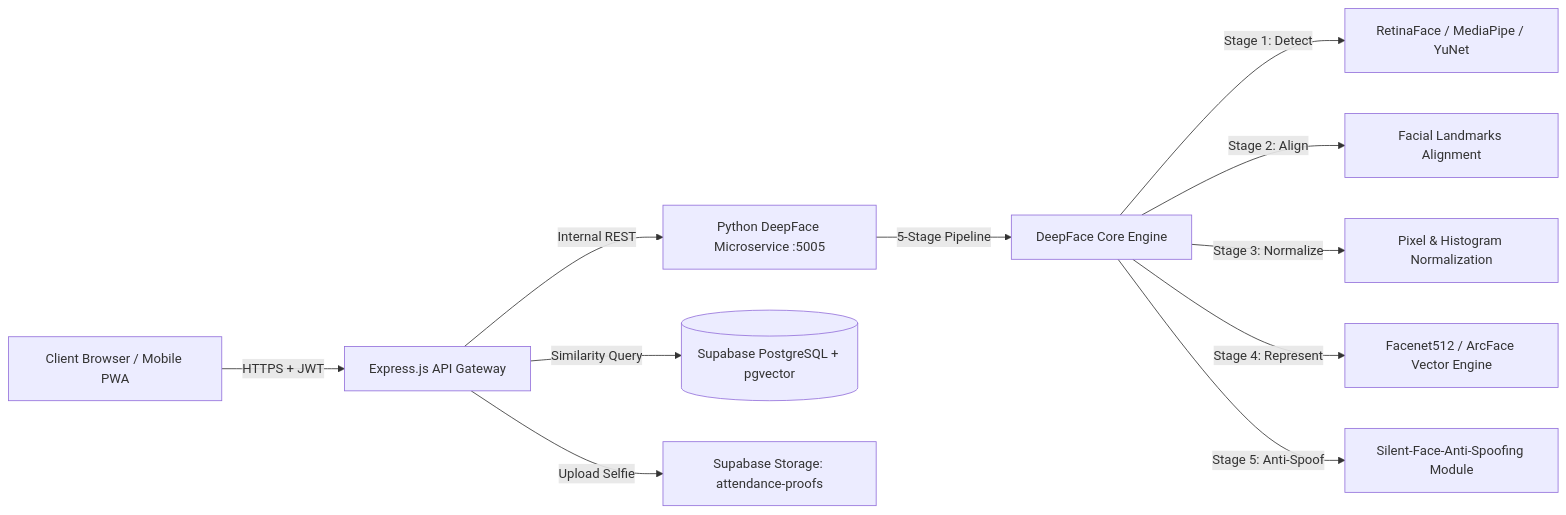
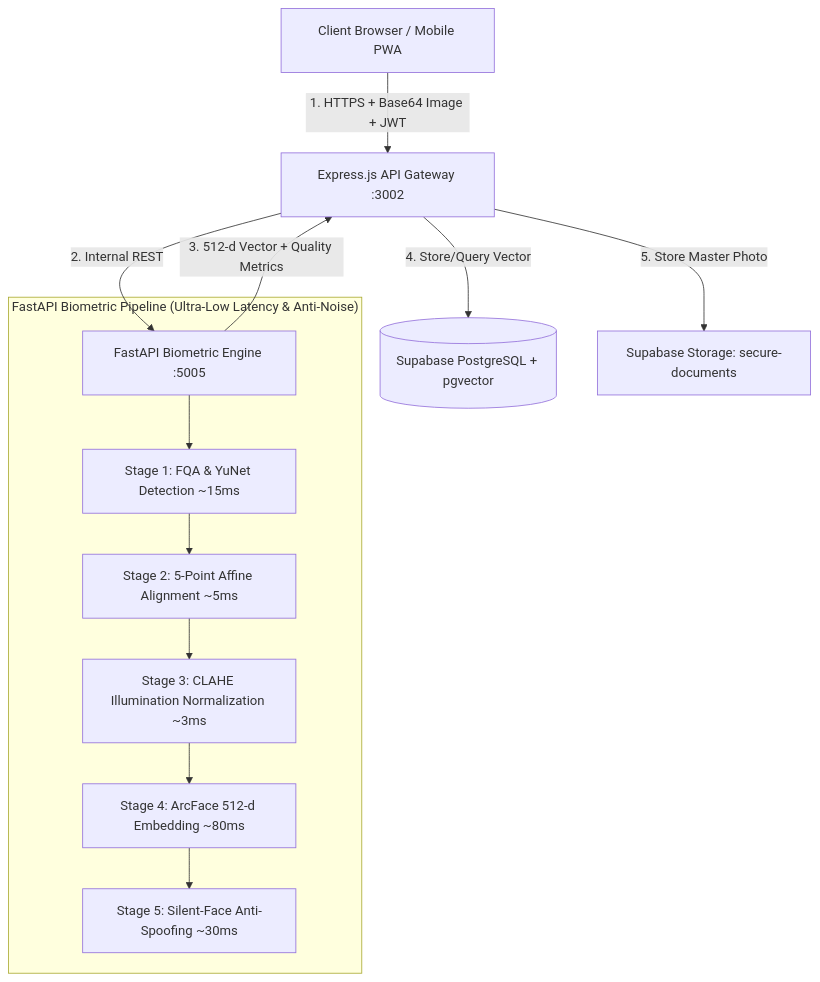
Before and after one commit to AhmadArifff/HRIS: the third of 3 diagrams in PRD.md, drawn with Mermaid. The commit also changed other lines of this file and 13 other files, not shown here.

Commit message:
feat(biometrics): integrate deepface arcface engine, face enrollment, and low-latency anti-noise pipeline

````diff
--- a/PRD.md
+++ b/PRD.md
@@ -1206,13 +1226,17 @@
 ```mermaid
-graph LR
-    Client[Client Browser / Mobile PWA] -->|HTTPS + JWT| ExpressGateway[Express.js API Gateway]
-    ExpressGateway -->|Internal REST| BiometricService[Python DeepFace Microservice :5005]
-    BiometricService -->|5-Stage Pipeline| DeepFaceEngine[DeepFace Core Engine]
-    DeepFaceEngine -->|Stage 1: Detect| Detector[RetinaFace / MediaPipe / YuNet]
-    DeepFaceEngine -->|Stage 2: Align| Aligner[Facial Landmarks Alignment]
-    DeepFaceEngine -->|Stage 3: Normalize| Normalizer[Pixel & Histogram Normalization]
-    DeepFaceEngine -->|Stage 4: Represent| Embedder[Facenet512 / ArcFace Vector Engine]
-    DeepFaceEngine -->|Stage 5: Anti-Spoof| AntiSpoofer[Silent-Face-Anti-Spoofing Module]
-    ExpressGateway -->|Similarity Query| SupabasePgVector[(Supabase PostgreSQL + pgvector)]
-    ExpressGateway -->|Upload Selfie| SupabaseStorage[Supabase Storage: attendance-proofs]
+graph TD
+    Client[Client Browser / Mobile PWA] -->|1. HTTPS + Base64 Image + JWT| ExpressGateway[Express.js API Gateway :3002]
+    ExpressGateway -->|2. Internal REST| BiometricService[FastAPI Biometric Engine :5005]
+    
+    subgraph "FastAPI Biometric Pipeline (Ultra-Low Latency & Anti-Noise)"
+        BiometricService --> Stage1[Stage 1: FQA & YuNet Detection ~15ms]
+        Stage1 --> Stage2[Stage 2: 5-Point Affine Alignment ~5ms]
+        Stage2 --> Stage3[Stage 3: CLAHE Illumination Normalization ~3ms]
+        Stage3 --> Stage4[Stage 4: ArcFace 512-d Embedding ~80ms]
+        Stage4 --> Stage5[Stage 5: Silent-Face Anti-Spoofing ~30ms]
+    end
+
+    BiometricService -->|3. 512-d Vector + Quality Metrics| ExpressGateway
+    ExpressGateway -->|4. Store/Query Vector| SupabaseDB[(Supabase PostgreSQL + pgvector)]
+    ExpressGateway -->|5. Store Master Photo| SupabaseStorage[Supabase Storage: secure-documents]
 ```
````
